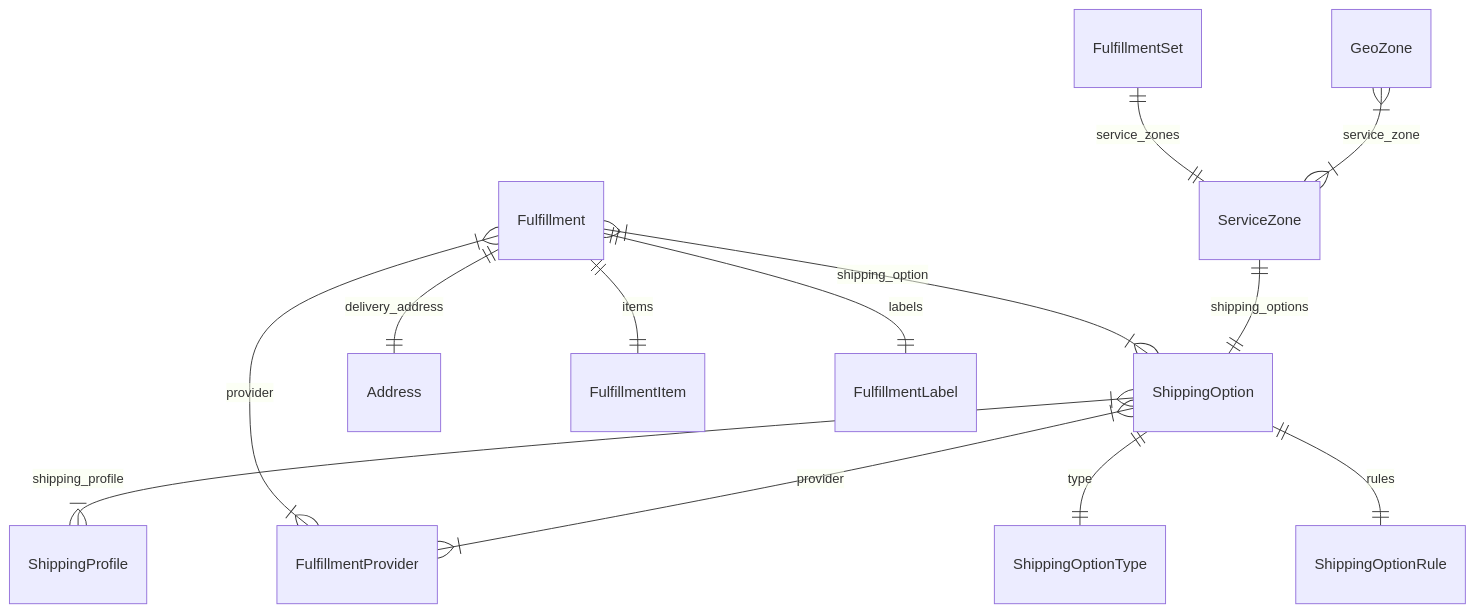
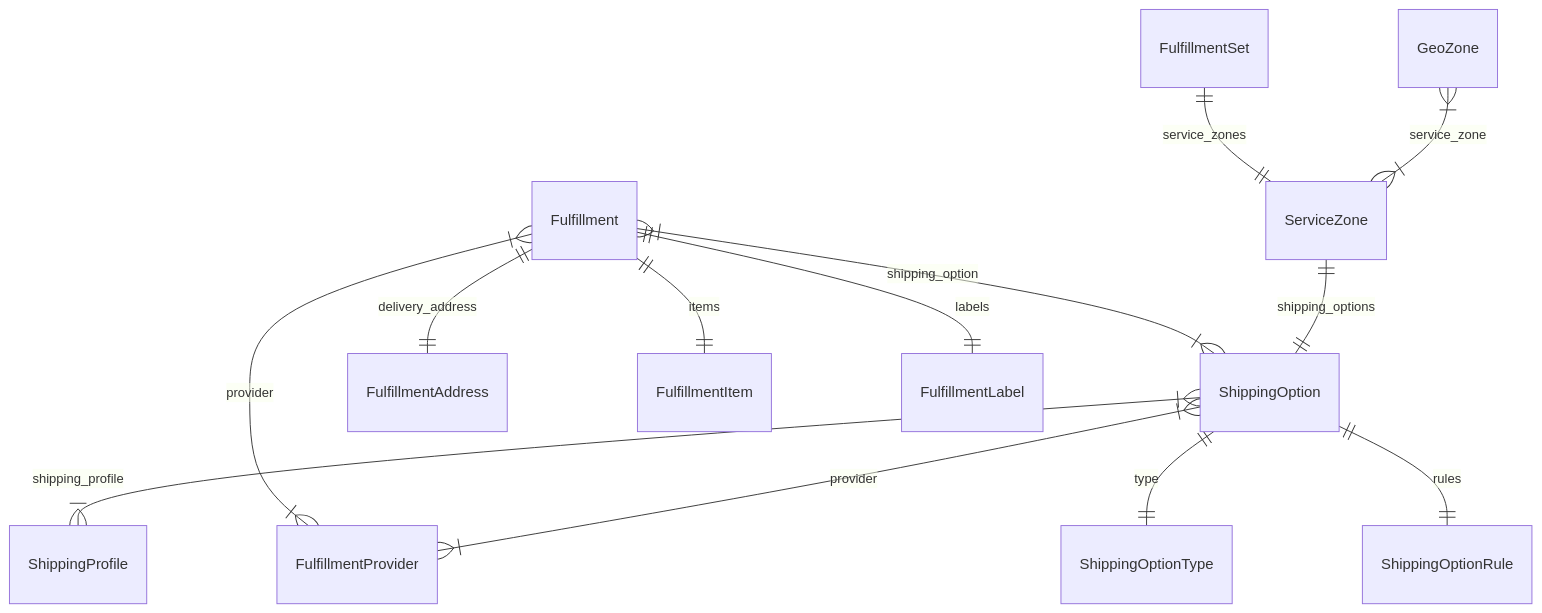
One commit to medusajs/medusa changed the diagram in www/apps/resources/references/modules/fulfillment_models/page.mdx. Above: the diagram before and after it, drawn with Mermaid. The commit also changed other lines of this file and 200 other files, not shown here.

````diff
--- a/www/apps/resources/references/modules/fulfillment_models/page.mdx
+++ b/www/apps/resources/references/modules/fulfillment_models/page.mdx
@@ -14,16 +14,16 @@
 ```mermaid
 erDiagram
 	Fulfillment }|--|{ ShippingOption : shipping_option
 	Fulfillment }|--|{ FulfillmentProvider : provider
-	Fulfillment ||--|| Address : delivery_address
+	Fulfillment ||--|| FulfillmentAddress : delivery_address
 	Fulfillment ||--|| FulfillmentItem : items
 	Fulfillment ||--|| FulfillmentLabel : labels
 	FulfillmentSet ||--|| ServiceZone : service_zones
 	GeoZone }|--|{ ServiceZone : service_zone
 	ServiceZone ||--|| ShippingOption : shipping_options
 	ShippingOption }|--|{ ShippingProfile : shipping_profile
 	ShippingOption }|--|{ FulfillmentProvider : provider
 	ShippingOption ||--|| ShippingOptionType : type
 	ShippingOption ||--|| ShippingOptionRule : rules
 
 ```
````
